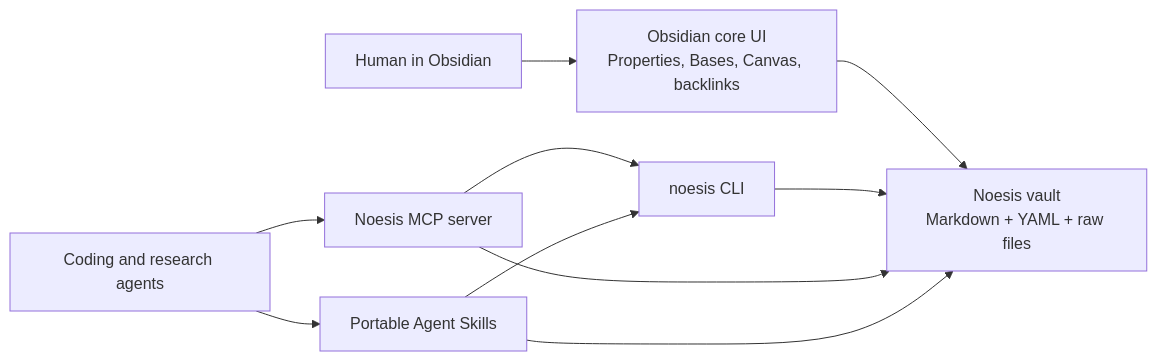
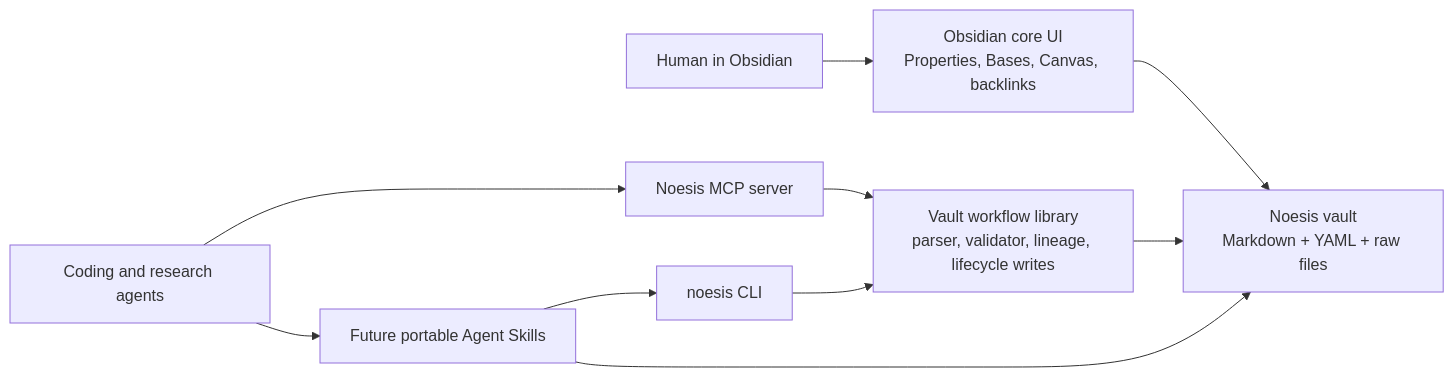
Before and after one commit to mark-groves/noesis-foundry: the diagram in docs/architecture/noesis-local-first-obsidian-interface.md, drawn with Mermaid. The commit also changed other lines of this file and 1 other file, not shown here.

Commit message:
docs: align noesis adapter documentation

````diff
--- a/docs/architecture/noesis-local-first-obsidian-interface.md
+++ b/docs/architecture/noesis-local-first-obsidian-interface.md
@@ -148,12 +150,12 @@
 ```mermaid
 flowchart LR
   H["Human in Obsidian"] --> O["Obsidian core UI\nProperties, Bases, Canvas, backlinks"]
   O --> V["Noesis vault\nMarkdown + YAML + raw files"]
-  CLI["noesis CLI"] --> V
-  MCP["Noesis MCP server"] --> CLI
-  MCP --> V
-  Skills["Portable Agent Skills"] --> CLI
+  L["Vault workflow library\nparser, validator, lineage, lifecycle writes"] --> V
+  CLI["noesis CLI"] --> L
+  MCP["Noesis MCP server"] --> L
+  Skills["Future portable Agent Skills"] --> CLI
   Skills --> V
   Agents["Coding and research agents"] --> MCP
   Agents --> Skills
 ```
````
